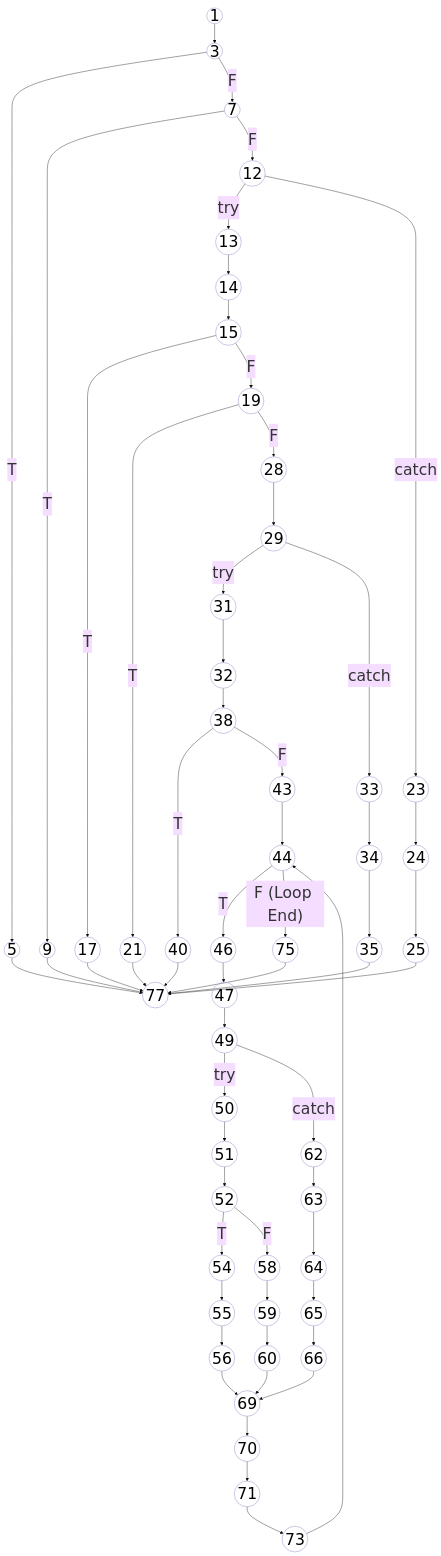
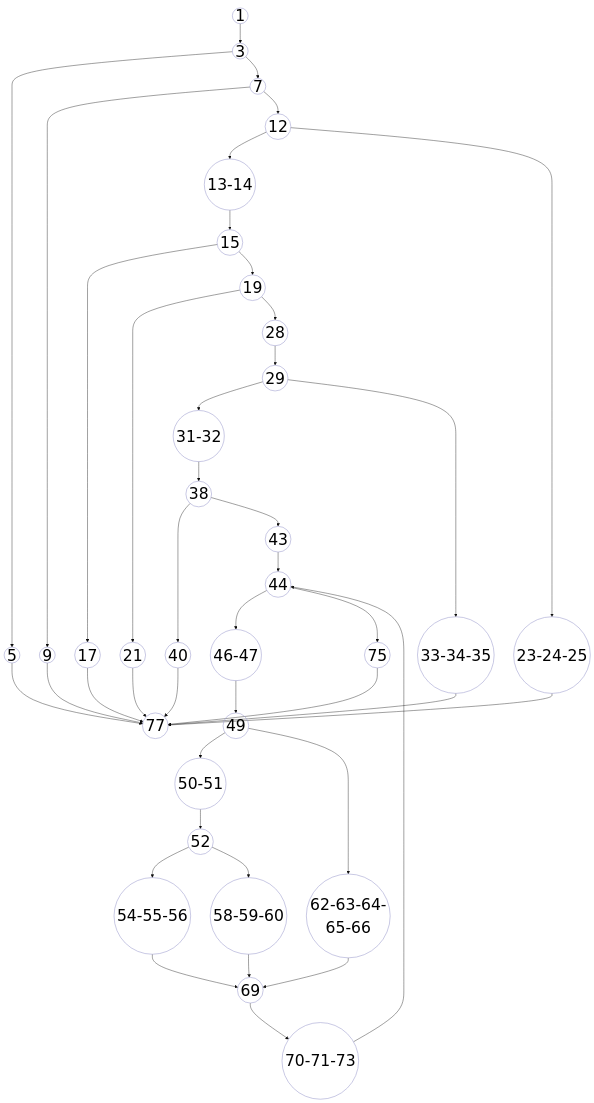
Before and after one commit to aryanhrc3428/Semester-5: the diagram in SE/ideathon/pseudocode/flowcharts/UC-11.mmd, drawn with Mermaid. The commit also changed 46 other files, not shown here.

```diff
--- a/SE/ideathon/pseudocode/flowcharts/UC-11.mmd
+++ b/SE/ideathon/pseudocode/flowcharts/UC-11.mmd
@@ -1,93 +1,73 @@
 ---
 config:
   theme: base
   themeVariables:
     fontSize: '40px'
 ---
 graph TD
     %% Base styling matching the reference CFG style
     classDef default fill:none,stroke:#a3a3d1,stroke-width:1.5px,color:#000;
     
     1((1)) --> 3((3))
     
-    3 -- T --> 5((5))
-    3 -- F --> 7((7))
+    3 --> 5((5))
+    3 --> 7((7))
     
-    7 -- T --> 9((9))
-    7 -- F --> 12((12))
+    7 --> 9((9))
+    7 --> 12((12))
     
-    12 -- try --> 13((13))
-    12 -- catch --> 23((23))
+    12 --> 13-14((13-14))
+    12 --> 23-24-25((23-24-25))
     
-    13 --> 14((14))
-    14 --> 15((15))
+    13-14 --> 15((15))
     
-    15 -- T --> 17((17))
-    15 -- F --> 19((19))
+    15 --> 17((17))
+    15 --> 19((19))
     
-    19 -- T --> 21((21))
-    19 -- F --> 28((28))
-    
-    23 --> 24((24))
-    24 --> 25((25))
+    19 --> 21((21))
+    19 --> 28((28))
     
     28 --> 29((29))
     
-    29 -- try --> 31((31))
-    29 -- catch --> 33((33))
+    29 --> 31-32((31-32))
+    29 --> 33-34-35((33-34-35))
     
-    31 --> 32((32))
-    32 --> 38((38))
+    31-32 --> 38((38))
     
-    33 --> 34((34))
-    34 --> 35((35))
-    
-    38 -- T --> 40((40))
-    38 -- F --> 43((43))
+    38 --> 40((40))
+    38 --> 43((43))
     
     43 --> 44((44))
     
-    44 -- T --> 46((46))
-    44 -- F (Loop End) --> 75((75))
+    44 --> 46-47((46-47))
+    44 --> 75((75))
+
+    46-47 --> 49((49))
     
-    46 --> 47((47))
-    47 --> 49((49))
+    49 --> 50-51((50-51))
+    49 --> 62-63-64-65-66((62-63-64-65-66))
     
-    49 -- try --> 50((50))
-    49 -- catch --> 62((62))
+    50-51 --> 52((52))
     
-    50 --> 51((51))
-    51 --> 52((52))
+    52 --> 54-55-56((54-55-56))
+    52 --> 58-59-60((58-59-60))
     
-    52 -- T --> 54((54))
-    52 -- F --> 58((58))
+    54-55-56 --> 69((69))
     
-    54 --> 55((55))
-    55 --> 56((56))
-    56 --> 69((69))
+    58-59-60 --> 69
     
-    58 --> 59((59))
-    59 --> 60((60))
-    60 --> 69
+    62-63-64-65-66 --> 69
     
-    62 --> 63((63))
-    63 --> 64((64))
-    64 --> 65((65))
-    65 --> 66((66))
-    66 --> 69
+    69 --> 70-71-73((70-71-73))
     
-    69 --> 70((70))
-    70 --> 71((71))
-    71 --> 73((73))
-    
-    73 --> 44
+    70-71-73 --> 44
     
     %% Terminal error returns and catches syncing to the final end node (77)
     5 --> 77((77))
     9 --> 77
     17 --> 77
     21 --> 77
-    25 --> 77
-    35 --> 77
+    23-24-25 --> 77
+    33-34-35 --> 77
     40 --> 77
     75 --> 77
```
